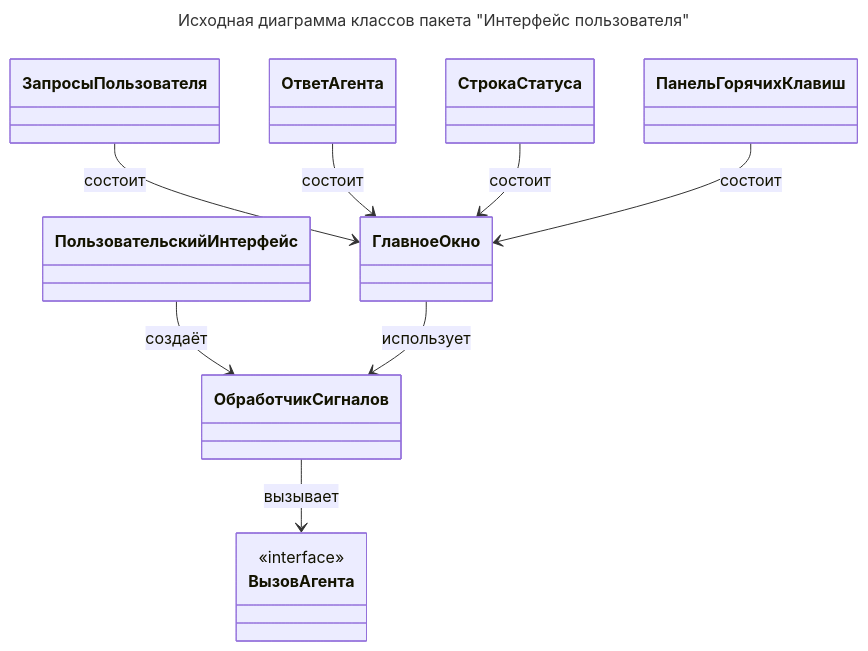
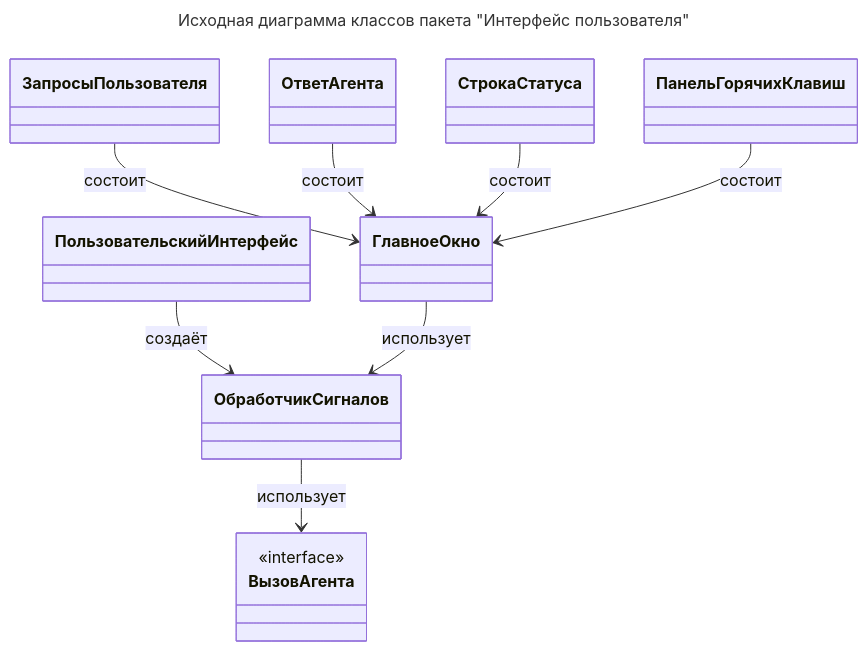
One commit to CHSU-scenarAIst/diagrammy changed the diagram in Пакет Интерфейс пользователя/1. Исходная диаграмма классов.md. Above: the diagram before and after it, drawn with Mermaid. The commit also changed other lines of this file and 14 other files, not shown here.

````diff
--- a/Пакет Интерфейс пользователя/1. Исходная диаграмма классов.md
+++ b/Пакет Интерфейс пользователя/1. Исходная диаграмма классов.md
@@ -7,18 +14,18 @@
 ```mermaid
 ---
 title: Исходная диаграмма классов пакета "Интерфейс пользователя"
 ---
 classDiagram
     ПользовательскийИнтерфейс --> ОбработчикСигналов : создаёт
-    ОбработчикСигналов --> ВызовАгента : вызывает
+    ОбработчикСигналов --> ВызовАгента : использует
     ГлавноеОкно --> ОбработчикСигналов : использует
     
     ЗапросыПользователя --> ГлавноеОкно : состоит
     ОтветАгента --> ГлавноеОкно : состоит
     СтрокаСтатуса --> ГлавноеОкно : состоит
     ПанельГорячихКлавиш --> ГлавноеОкно : состоит
 
     class ВызовАгента {
         <<interface>>
     }
 ```
````
